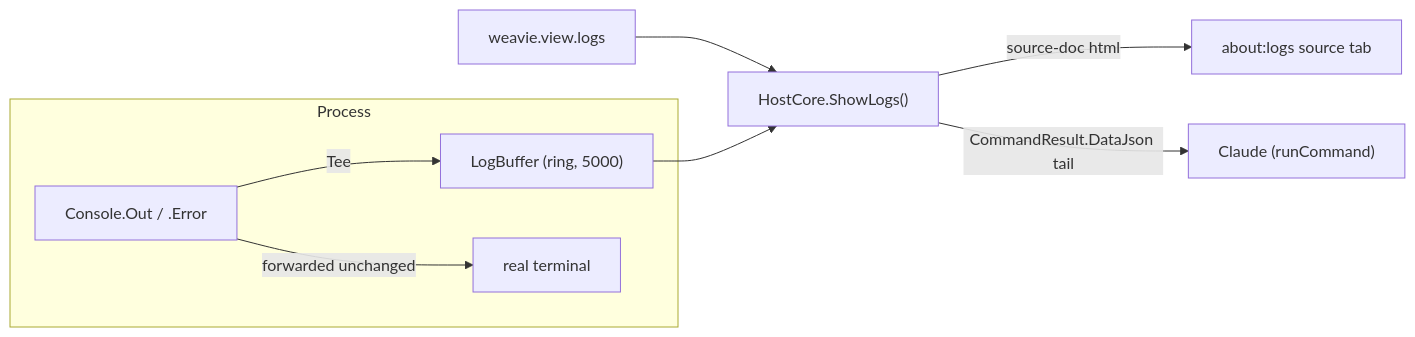
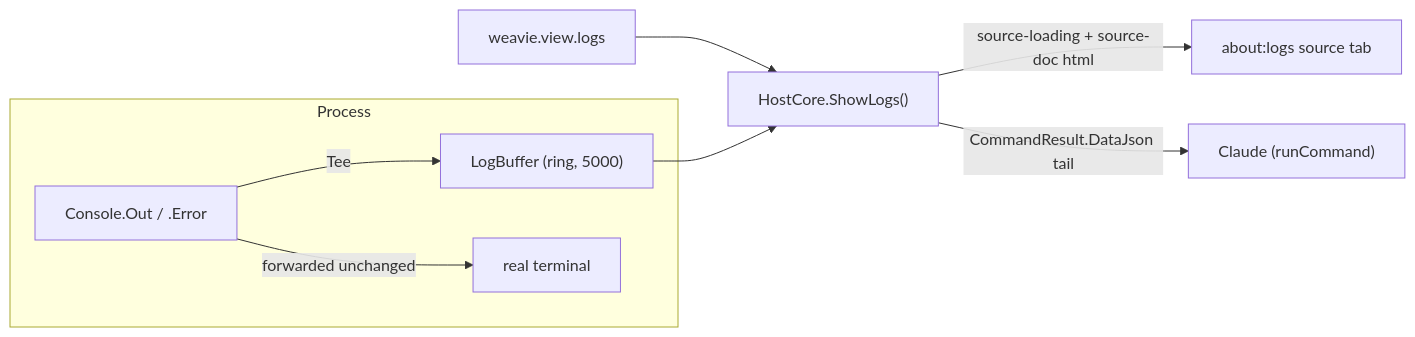
One commit to Kapps/weavie changed the diagram in docs/specs/log-viewer.md. Above: the diagram before and after it, drawn with Mermaid. The commit also changed other lines of this file and 10 other files, not shown here.

````diff
--- a/docs/specs/log-viewer.md
+++ b/docs/specs/log-viewer.md
@@ -21,11 +21,11 @@
 ```mermaid
 flowchart LR
   subgraph Process
     Cout["Console.Out / .Error"] -->|Tee| Ring["LogBuffer (ring, 5000)"]
     Cout -->|forwarded unchanged| Term["real terminal"]
   end
   Cmd["weavie.view.logs"] --> Show["HostCore.ShowLogs()"]
   Ring --> Show
-  Show -->|source-doc html| Tab["about:logs source tab"]
+  Show -->|source-loading + source-doc html| Tab["about:logs source tab"]
   Show -->|CommandResult.DataJson tail| Claude["Claude (runCommand)"]
 ```
````
